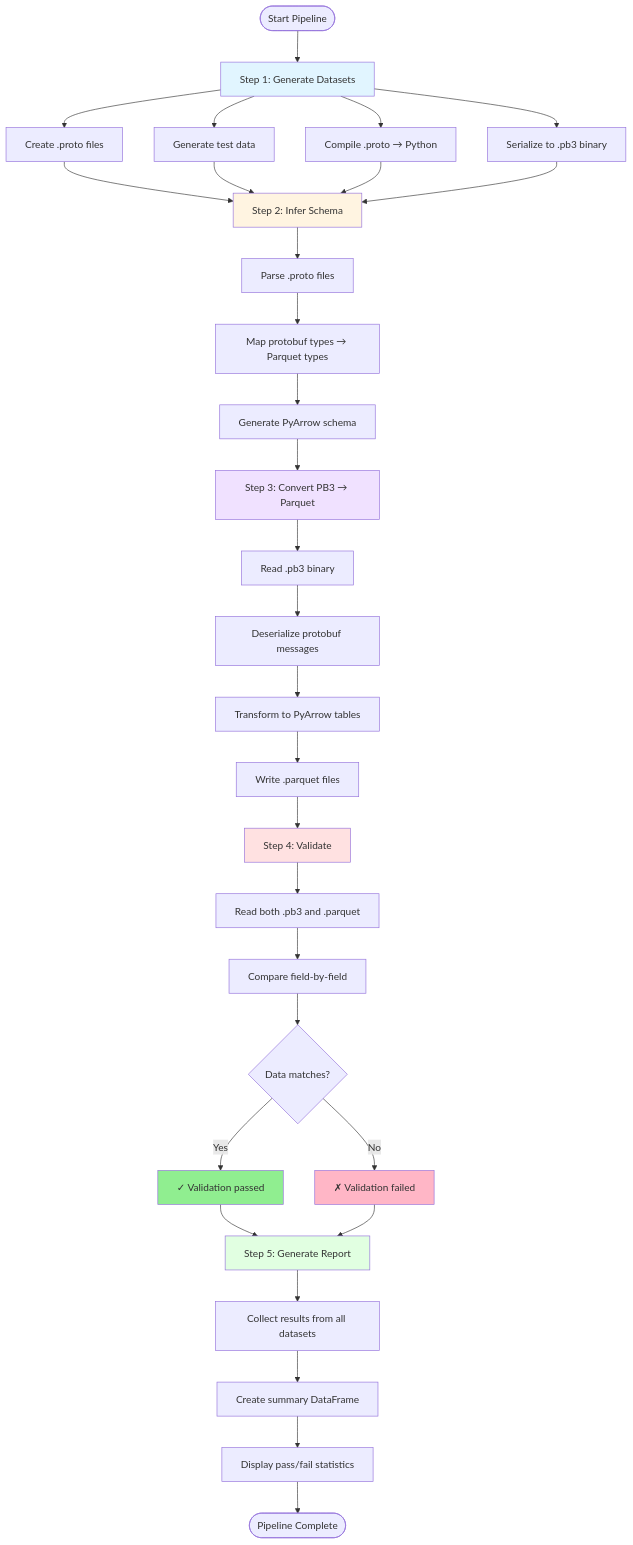
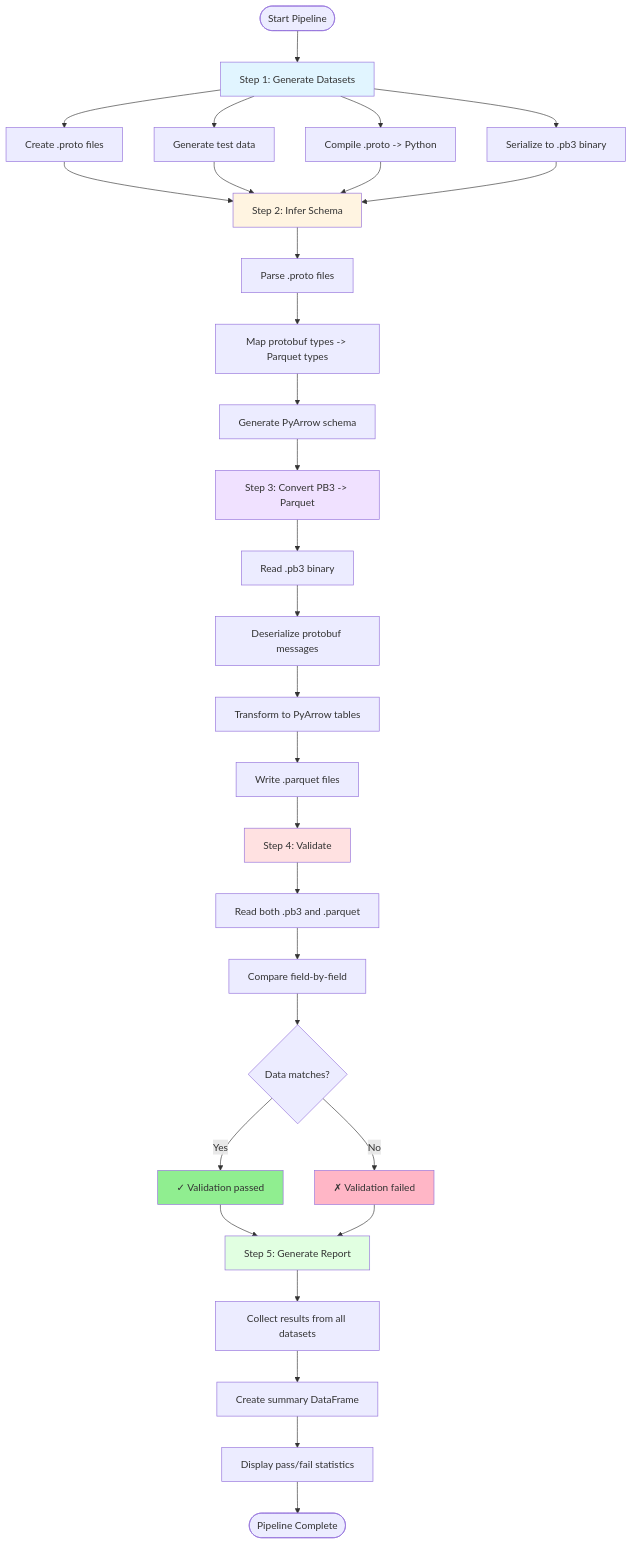
The diagram in README.md (r39132/e2e-data-validation), drawn with Mermaid before and after one commit.

Commit message:
Fix Mermaid diagram: replace Unicode arrows with ASCII in node labels

````diff
--- a/README.md
+++ b/README.md
@@ -25,41 +25,41 @@
 ```mermaid
 graph TB
     Start([Start Pipeline]) --> Step1[Step 1: Generate Datasets]
     
     Step1 --> Gen1[Create .proto files]
     Step1 --> Gen2[Generate test data]
-    Step1 --> Gen3[Compile .proto → Python]
+    Step1 --> Gen3[Compile .proto -> Python]
     Step1 --> Gen4[Serialize to .pb3 binary]
     Gen1 & Gen2 & Gen3 & Gen4 --> Step2
     
     Step2[Step 2: Infer Schema] --> Infer1[Parse .proto files]
-    Infer1 --> Infer2[Map protobuf types → Parquet types]
+    Infer1 --> Infer2[Map protobuf types -> Parquet types]
     Infer2 --> Infer3[Generate PyArrow schema]
     Infer3 --> Step3
     
-    Step3[Step 3: Convert PB3 → Parquet] --> Conv1[Read .pb3 binary]
+    Step3[Step 3: Convert PB3 -> Parquet] --> Conv1[Read .pb3 binary]
     Conv1 --> Conv2[Deserialize protobuf messages]
     Conv2 --> Conv3[Transform to PyArrow tables]
     Conv3 --> Conv4[Write .parquet files]
     Conv4 --> Step4
     
     Step4[Step 4: Validate] --> Val1[Read both .pb3 and .parquet]
     Val1 --> Val2[Compare field-by-field]
     Val2 --> Val3{Data matches?}
     Val3 -->|Yes| Pass[✓ Validation passed]
     Val3 -->|No| Fail[✗ Validation failed]
     Pass & Fail --> Step5
     
     Step5[Step 5: Generate Report] --> Report1[Collect results from all datasets]
     Report1 --> Report2[Create summary DataFrame]
     Report2 --> Report3[Display pass/fail statistics]
     Report3 --> End([Pipeline Complete])
     
     style Step1 fill:#e1f5ff
     style Step2 fill:#fff4e1
     style Step3 fill:#f0e1ff
     style Step4 fill:#ffe1e1
     style Step5 fill:#e1ffe1
     style Pass fill:#90EE90
     style Fail fill:#FFB6C6
 ```
````
